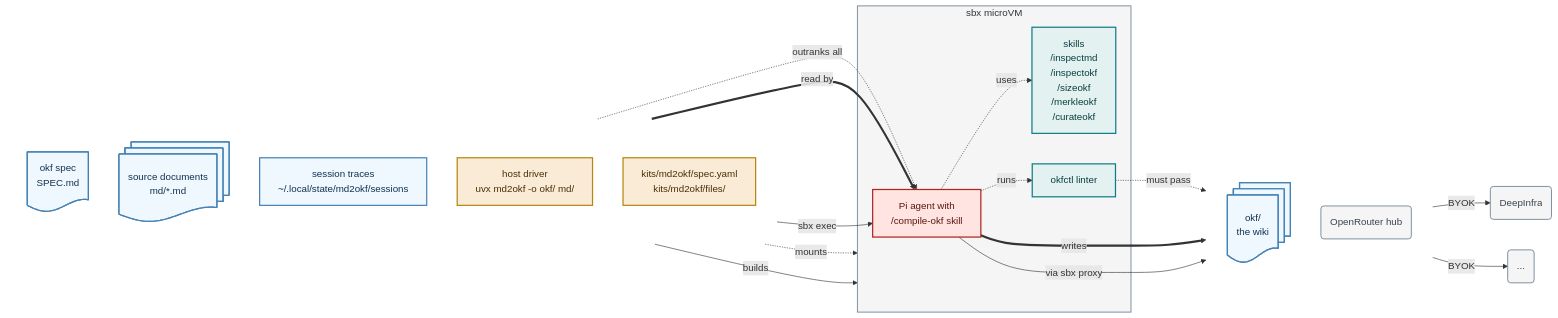
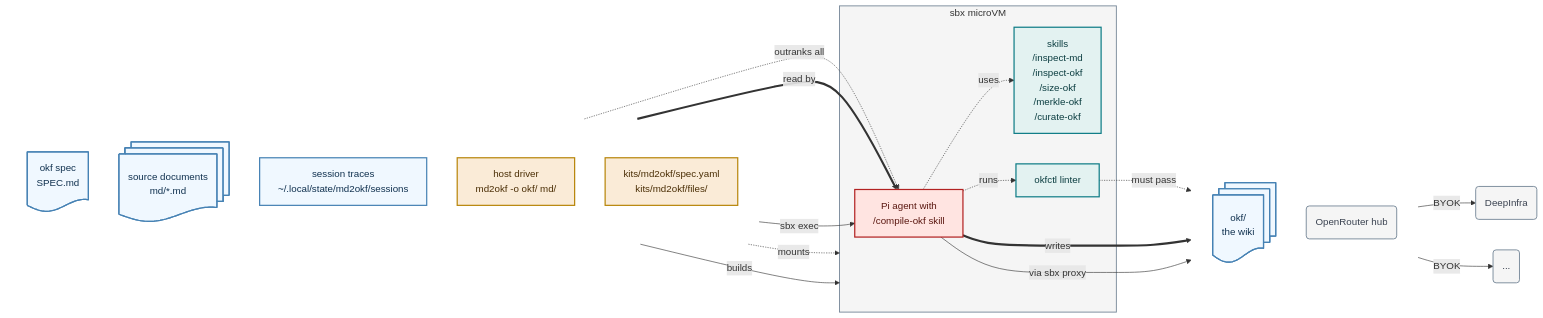
Before and after one commit to lars20070/md2okf: the diagram in README.md, drawn with Mermaid. The commit also changed other lines of this file and 18 other files, not shown here.

````diff
--- a/README.md
+++ b/README.md
@@ -24,52 +24,52 @@
 ```mermaid
 flowchart LR
   subgraph IN[" "]
     direction TB
     SPEC@{ shape: doc, label: "okf spec<br>SPEC.md"}
     MD@{ shape: docs, label: "source documents<br>md/*.md"}
     STATE["session traces<br/>~/.local/state/md2okf/sessions"]
-    DRV["host driver<br>uvx md2okf -o okf/ md/"]
+    DRV["host driver<br>md2okf -o okf/ md/"]
     KIT["kits/md2okf/spec.yaml<br/>kits/md2okf/files/"]
   end
 
   subgraph VM["sbx microVM"]
     PI["Pi agent with<br/>/compile-okf skill"]
-    TOOLS["skills<br>/inspectmd<br/>/inspectokf<br/>/sizeokf<br/>/merkleokf<br/>/curateokf"]
+    TOOLS["skills<br>/inspect-md<br/>/inspect-okf<br/>/size-okf<br/>/merkle-okf<br/>/curate-okf"]
     LINT["okfctl linter"]
   end
 
   subgraph OUT[" "]
     direction TB
     OKF@{ shape: docs, label: "okf/<br/>the wiki"}
     NET("OpenRouter hub")
   end
   NET1("DeepInfra")
   NET2("...")
 
   SPEC -.->|"outranks all"| PI
   MD ==>|"read by"| PI
   STATE -.->|"mounts"| VM
   STATE ~~~ PI
   DRV -->|"sbx exec"| PI
   KIT -->|"builds"| VM
   PI -.->|"uses"| TOOLS
   PI -.->|"runs"| LINT
   LINT -.->|"must pass"| OKF
   PI ==>|"writes"| OKF
   PI -->|"via sbx proxy"| NET
   NET -->|"BYOK"| NET1 & NET2
 
   classDef data    fill:aliceblue,stroke:steelblue,stroke-width:2px,color:#10314F
   classDef host    fill:antiquewhite,stroke:darkgoldenrod,stroke-width:2px,color:#4A2E05
   classDef helper  fill:#E3F2F1,stroke:#0E7C86,stroke-width:2px,color:#0B3D40
   classDef agent   fill:mistyrose,stroke:firebrick,stroke-width:2px,color:#5A1710
   classDef ext     fill:whitesmoke,stroke:lightslategray,stroke-width:1.5px,color:#3A4250
   class MD,SPEC,STATE,OKF data
   class KIT,DRV host
   class TOOLS,LINT helper
   class PI agent
   class NET,NET1,NET2 ext
   style VM fill:whitesmoke,stroke:lightslategray,stroke-width:1.5px
   style IN fill:none,stroke:none
   style OUT fill:none,stroke:none
 ```
````
